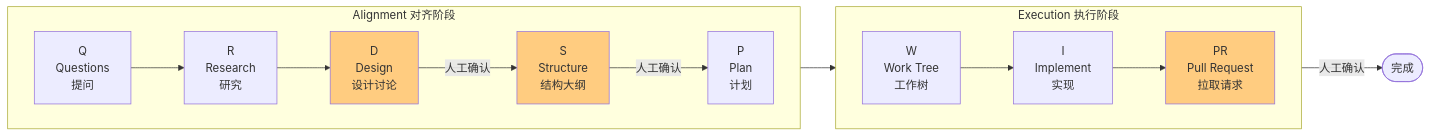
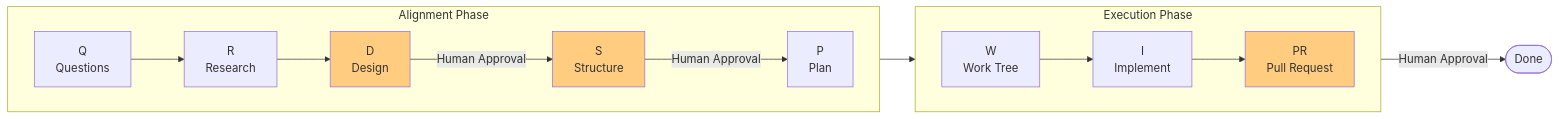
One commit to nixihz/qrspi-agent changed the diagram in README.md. Above: the diagram before and after it, drawn with Mermaid. The commit also changed other lines of this file and 54 other files, not shown here.

````diff
--- a/README.md
+++ b/README.md
@@ -27,31 +29,31 @@
 ```mermaid
 flowchart LR
-    subgraph 对齐阶段 [Alignment 对齐阶段]
+    subgraph Alignment [Alignment Phase]
         direction LR
-        Q[Q<br/>Questions<br/>提问]
-        R[R<br/>Research<br/>研究]
-        D[D<br/>Design<br/>设计讨论]
-        S[S<br/>Structure<br/>结构大纲]
-        P[P<br/>Plan<br/>计划]
+        Q[Q<br/>Questions]
+        R[R<br/>Research]
+        D[D<br/>Design]
+        S[S<br/>Structure]
+        P[P<br/>Plan]
     end
 
-    subgraph 执行阶段 [Execution 执行阶段]
+    subgraph Execution [Execution Phase]
         direction LR
-        W[W<br/>Work Tree<br/>工作树]
-        I[I<br/>Implement<br/>实现]
-        PR[PR<br/>Pull Request<br/>拉取请求]
+        W[W<br/>Work Tree]
+        I[I<br/>Implement]
+        PR[PR<br/>Pull Request]
     end
 
     Q --> R
     R --> D
-    D -->|人工确认| S
-    S -->|人工确认| P
+    D -->|Human Approval| S
+    S -->|Human Approval| P
     P --> W
     W --> I
     I --> PR
-    PR -->|人工确认| Done([完成])
+    PR -->|Human Approval| Done([Done])
 
     style D fill:#ffcc80
     style S fill:#ffcc80
     style PR fill:#ffcc80
 ```
````
